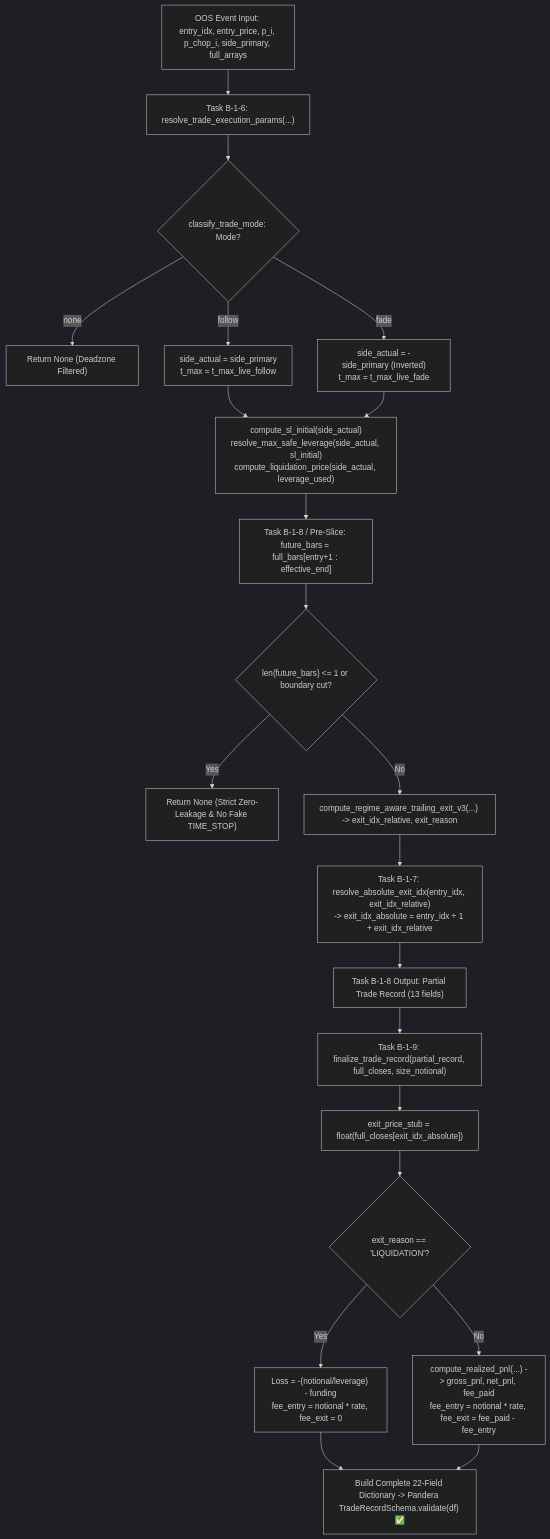
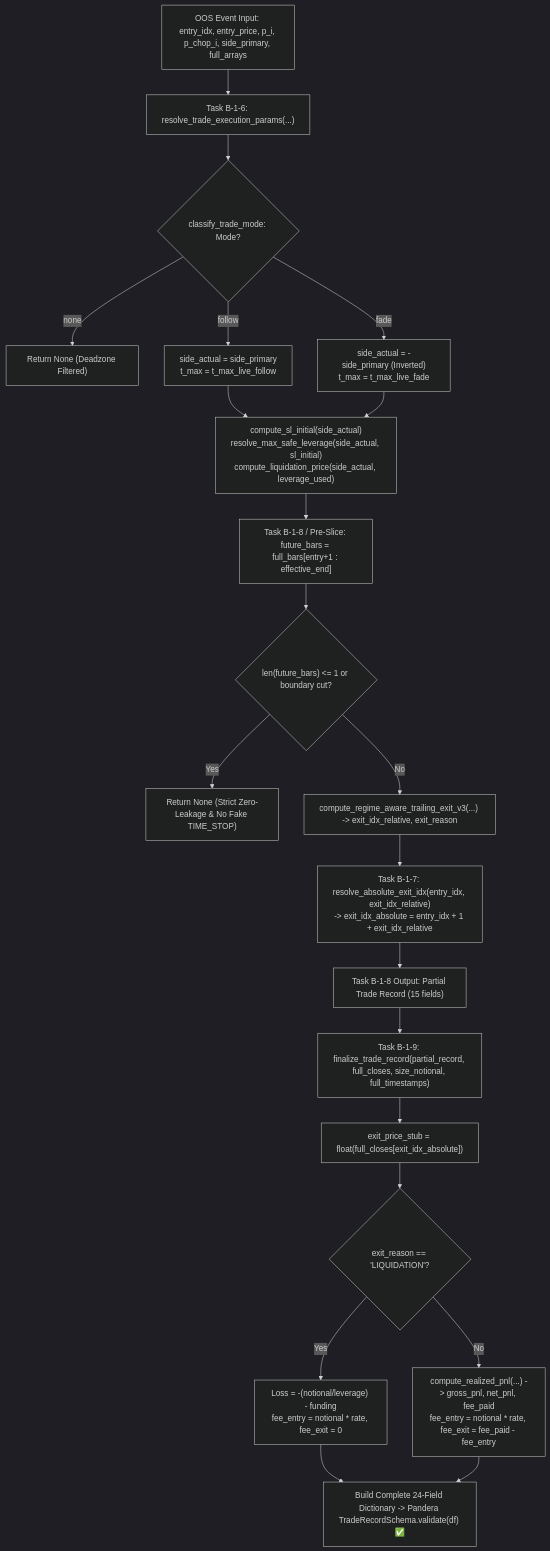
Diagram 14 of 14 in docs/engineering_audit_and_explanation_report.md (hoangcongly/1907TacticalAI), drawn with Mermaid (dark theme) before and after one commit. The commit also changed other lines of this file and 1 other file, not shown here.

First line of the commit message:
docs: clean up hyphenation errors and update institutional architecture report to v11.9

````diff
--- a/docs/engineering_audit_and_explanation_report.md
+++ b/docs/engineering_audit_and_explanation_report.md
@@ -1017,30 +1018,30 @@
 ```mermaid
 flowchart TD
     OOS_Event["OOS Event Input: entry_idx, entry_price, p_i, p_chop_i, side_primary, full_arrays"] --> B16["Task B-1-6: resolve_trade_execution_params(...)"]
     
     B16 --> ModeGate{"classify_trade_mode: Mode?"}
     ModeGate -->|none| DropNone1["Return None (Deadzone Filtered)"]
     ModeGate -->|follow| FollowSide["side_actual = side_primary<br/>t_max = t_max_live_follow"]
     ModeGate -->|fade| FadeSide["side_actual = -side_primary (Inverted)<br/>t_max = t_max_live_fade"]
     
     FollowSide --> CalcSL_Lev["compute_sl_initial(side_actual)<br/>resolve_max_safe_leverage(side_actual, sl_initial)<br/>compute_liquidation_price(side_actual, leverage_used)"]
     FadeSide --> CalcSL_Lev
     
     CalcSL_Lev --> B15["Task B-1-8 / Pre-Slice: future_bars = full_bars[entry+1 : effective_end]"]
     B15 --> CheckZero{"len(future_bars) <= 1 or boundary cut?"}
     CheckZero -->|Yes| DropNone2["Return None (Strict Zero-Leakage & No Fake TIME_STOP)"]
     CheckZero -->|No| RunV3["compute_regime_aware_trailing_exit_v3(...) -> exit_idx_relative, exit_reason"]
     
     RunV3 --> B17["Task B-1-7: resolve_absolute_exit_idx(entry_idx, exit_idx_relative)<br/>-> exit_idx_absolute = entry_idx + 1 + exit_idx_relative"]
-    B17 --> B18_Out["Task B-1-8 Output: Partial Trade Record (13 fields)"]
+    B17 --> B18_Out["Task B-1-8 Output: Partial Trade Record (15 fields)"]
     
-    B18_Out --> B19["Task B-1-9: finalize_trade_record(partial_record, full_closes, size_notional)"]
+    B18_Out --> B19["Task B-1-9: finalize_trade_record(partial_record, full_closes, size_notional, full_timestamps)"]
     B19 --> PriceLookup["exit_price_stub = float(full_closes[exit_idx_absolute])"]
     
     PriceLookup --> BranchPnL{"exit_reason == 'LIQUIDATION'?"}
     BranchPnL -->|Yes| LiqBranch["Loss = -(notional/leverage) - funding<br/>fee_entry = notional * rate, fee_exit = 0"]
     BranchPnL -->|No| NormalBranch["compute_realized_pnl(...) -> gross_pnl, net_pnl, fee_paid<br/>fee_entry = notional * rate, fee_exit = fee_paid - fee_entry"]
     
-    LiqBranch --> SchemaVal["Build Complete 22-Field Dictionary -> Pandera TradeRecordSchema.validate(df) ✅"]
+    LiqBranch --> SchemaVal["Build Complete 24-Field Dictionary -> Pandera TradeRecordSchema.validate(df) ✅"]
     NormalBranch --> SchemaVal
 ```
````
